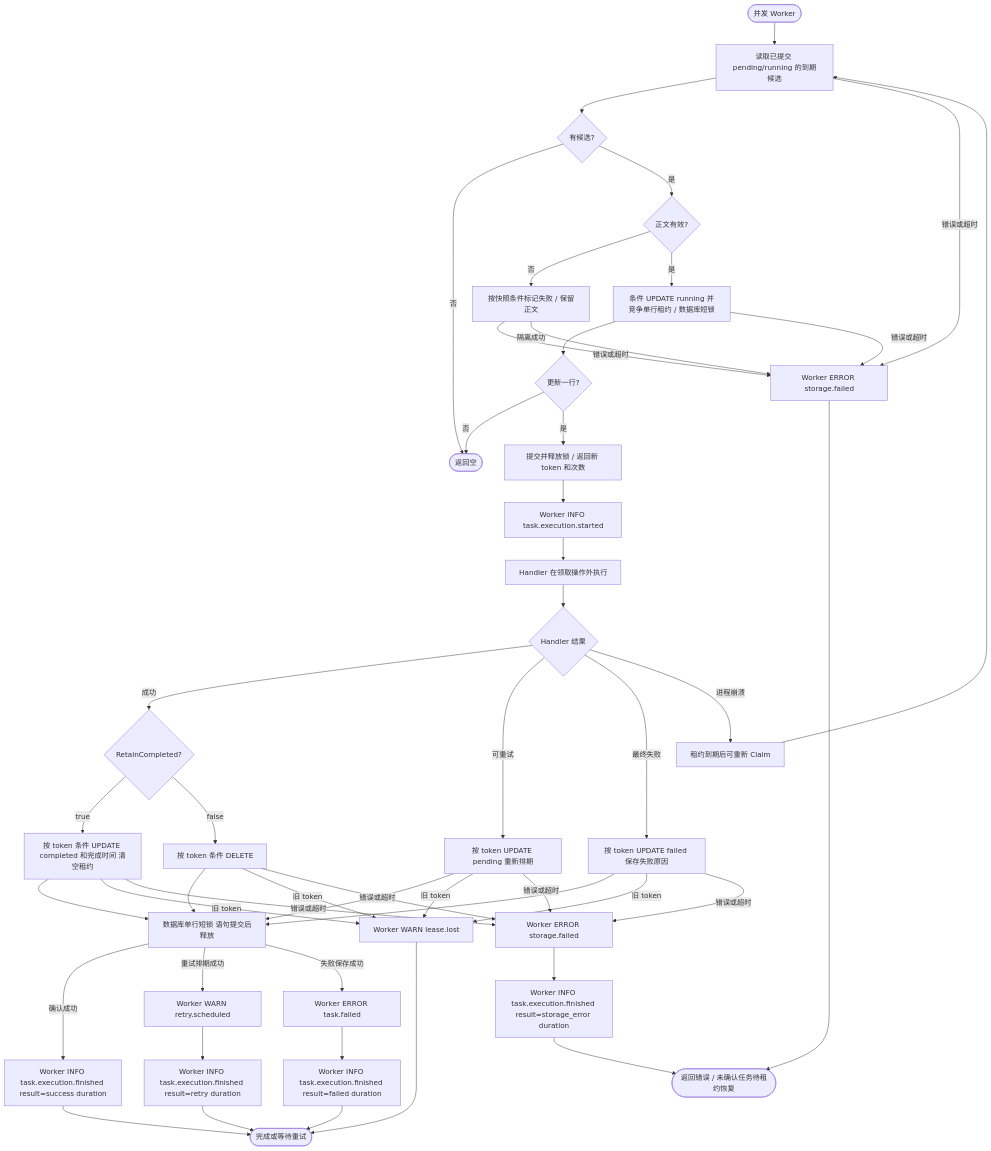
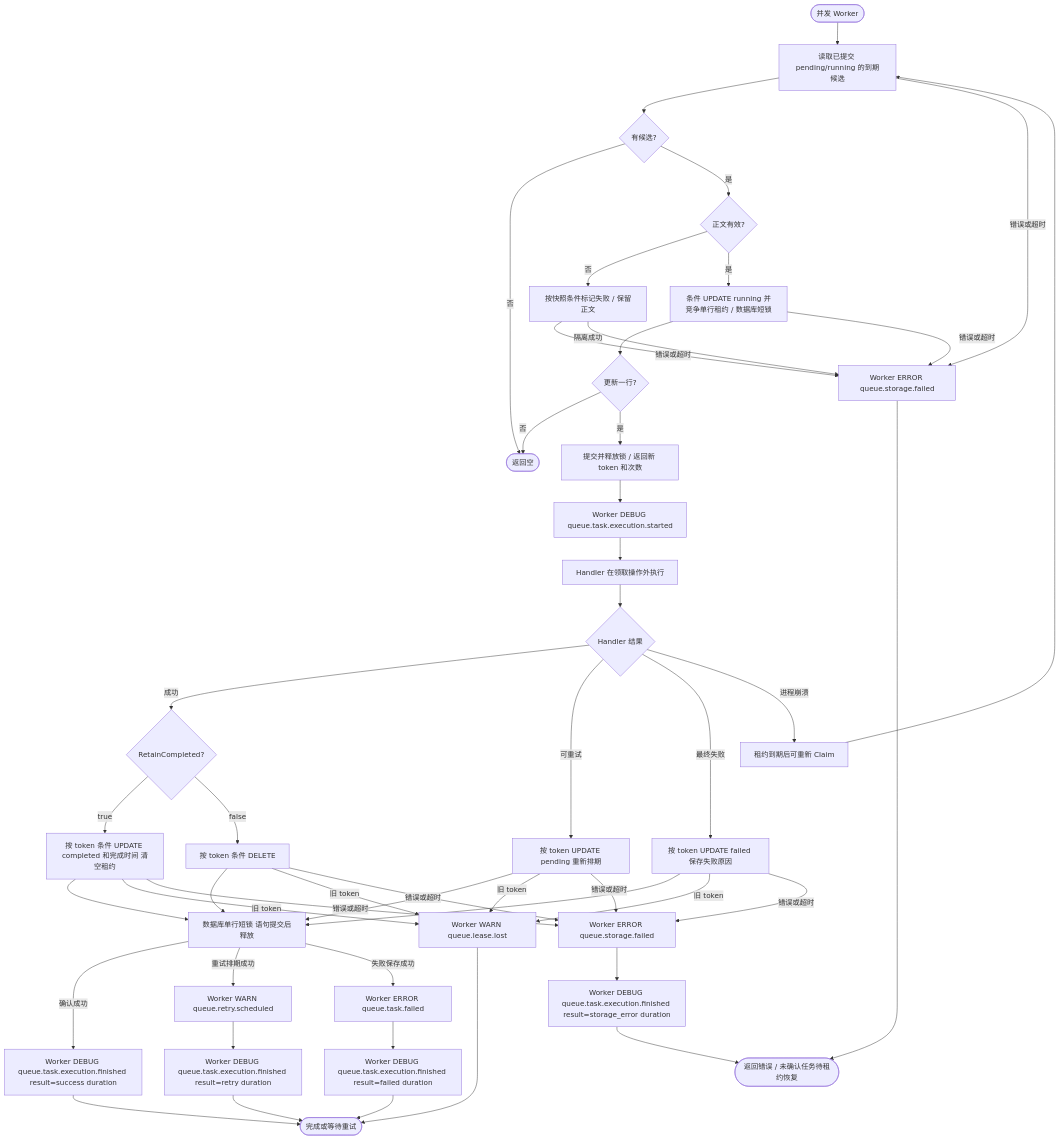
One commit to jaggerzhuang1994/kratos-foundation changed the fourth of 4 diagrams in contrib/queue/database/gorm/README.md. Above: the diagram before and after it, drawn with Mermaid. The commit also changed 204 other files, not shown here.

````diff
--- a/contrib/queue/database/gorm/README.md
+++ b/contrib/queue/database/gorm/README.md
@@ -131,37 +131,37 @@
 ```mermaid
 flowchart TD
     A([并发 Worker]) --> B[读取已提交 pending/running 的到期候选]
     B --> C{有候选?}
     C -- 否 --> E([返回空])
     C -- 是 --> D{正文有效?}
     D -- 否 --> F[按快照条件标记失败 / 保留正文]
     D -- 是 --> G[条件 UPDATE running 并竞争单行租约 / 数据库短锁]
     G --> H{更新一行?}
     H -- 否 --> E
     H -- 是 --> I[提交并释放锁 / 返回新 token 和次数]
-    I --> IS[Worker INFO task.execution.started]
+    I --> IS[Worker DEBUG queue.task.execution.started]
     IS --> J[Handler 在领取操作外执行]
     J --> K{Handler 结果}
     K -- 成功 --> KA{RetainCompleted?}
     KA -- true --> KB[按 token 条件 UPDATE completed 和完成时间 清空租约]
     KA -- false --> KC[按 token 条件 DELETE]
     K -- 可重试 --> KD[按 token UPDATE pending 重新排期]
     K -- 最终失败 --> KE[按 token UPDATE failed 保存失败原因]
     K -- 进程崩溃 --> KR[租约到期后可重新 Claim]
     KR --> B
     KB & KC & KD & KE --> KU[数据库单行短锁 语句提交后释放]
-    KU -- 确认成功 --> KL[Worker INFO task.execution.finished result=success duration]
-    KU -- 重试排期成功 --> KM[Worker WARN retry.scheduled]
-    KU -- 失败保存成功 --> KN[Worker ERROR task.failed]
-    KM --> KMF[Worker INFO task.execution.finished result=retry duration]
-    KN --> KNF[Worker INFO task.execution.finished result=failed duration]
+    KU -- 确认成功 --> KL[Worker DEBUG queue.task.execution.finished result=success duration]
+    KU -- 重试排期成功 --> KM[Worker WARN queue.retry.scheduled]
+    KU -- 失败保存成功 --> KN[Worker ERROR queue.task.failed]
+    KM --> KMF[Worker DEBUG queue.task.execution.finished result=retry duration]
+    KN --> KNF[Worker DEBUG queue.task.execution.finished result=failed duration]
     KL & KMF & KNF --> L([完成或等待重试])
-    KB & KC & KD & KE -- 旧 token --> M[Worker WARN lease.lost]
+    KB & KC & KD & KE -- 旧 token --> M[Worker WARN queue.lease.lost]
     M --> L
-    B & F & G -- 错误或超时 --> N0[Worker ERROR storage.failed]
+    B & F & G -- 错误或超时 --> N0[Worker ERROR queue.storage.failed]
     N0 --> O
-    KB & KC & KD & KE -- 错误或超时 --> N[Worker ERROR storage.failed]
-    N --> NF[Worker INFO task.execution.finished result=storage_error duration]
+    KB & KC & KD & KE -- 错误或超时 --> N[Worker ERROR queue.storage.failed]
+    N --> NF[Worker DEBUG queue.task.execution.finished result=storage_error duration]
     NF --> O([返回错误 / 未确认任务待租约恢复])
     F -- 隔离成功 --> N0
 ```
````
